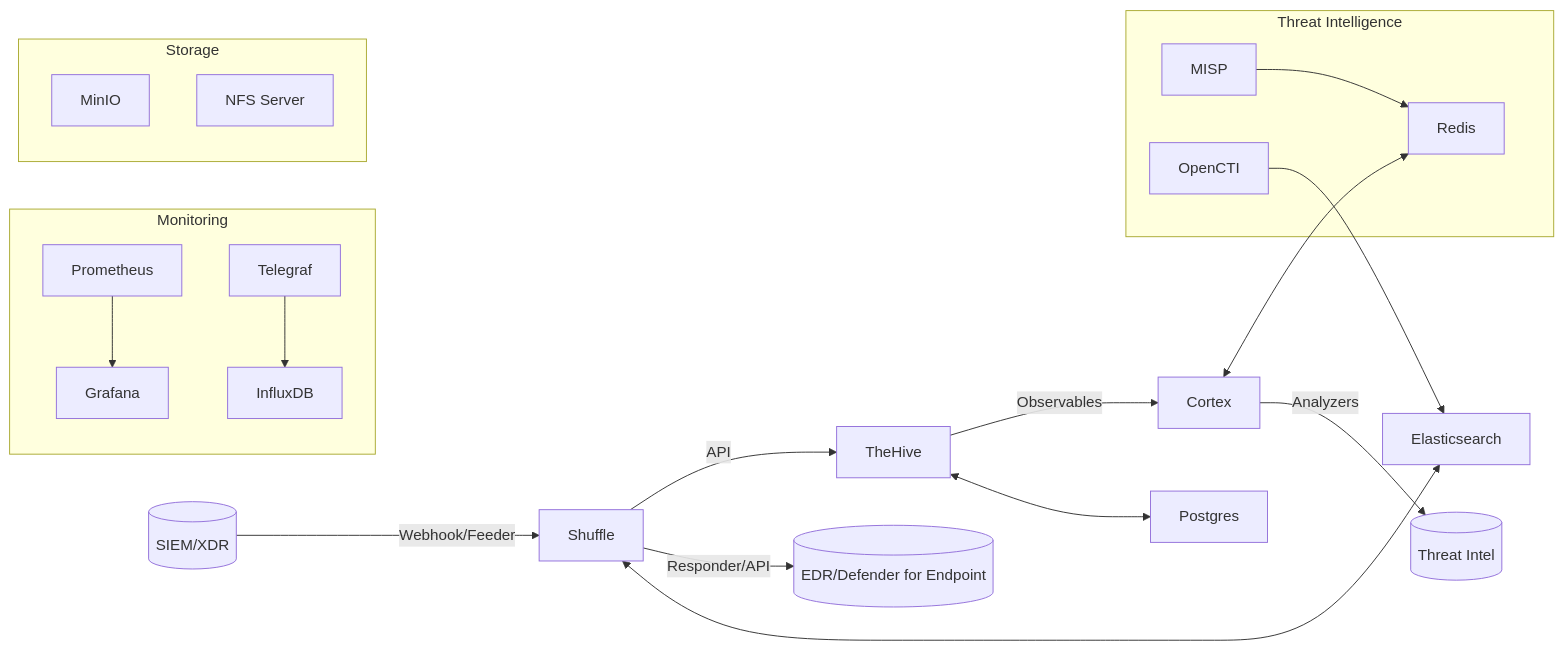
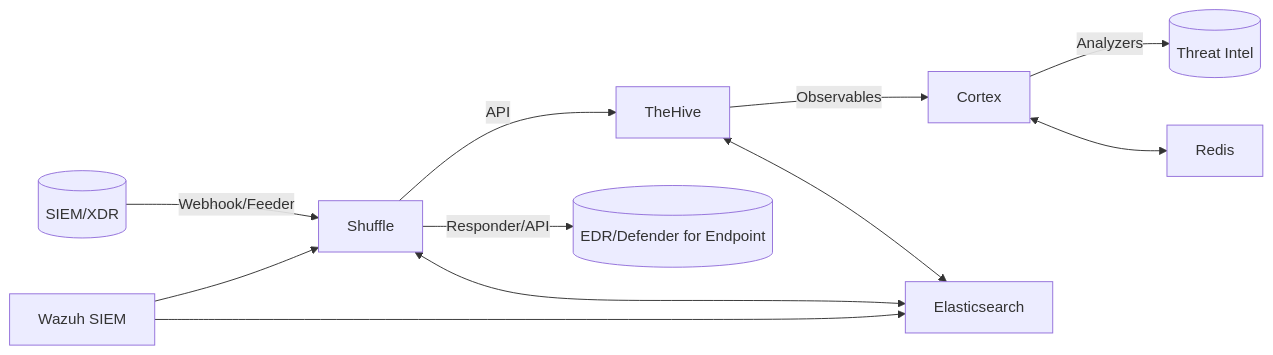
The diagram in README.md (alesanfe/soar-ransomware-lab), drawn with Mermaid before and after one commit. The commit also changed other lines of this file and 189 other files, not shown here.

````diff
--- a/README.md
+++ b/README.md
@@ -24,30 +24,13 @@
 ```mermaid
 flowchart LR
   SIEM[(SIEM/XDR)] -- Webhook/Feeder --> Shuffle
   Shuffle -- API --> TheHive
   TheHive -- Observables --> Cortex
   Cortex -- Analyzers --> TI[(Threat Intel)]
   Shuffle -- Responder/API --> EDR[(EDR/Defender for Endpoint)]
-  subgraph Monitoring
-    Prometheus[Prometheus]
-    Grafana[Grafana]
-    InfluxDB[InfluxDB]
-    Telegraf[Telegraf]
-  end
-  subgraph Threat Intelligence
-    MISP[MISP]
-    OpenCTI[OpenCTI]
-    Redis[Redis]
-  end
-  subgraph Storage
-    MinIO[MinIO]
-    NFS[NFS Server]
-  end
-  TheHive <--> Postgres
+  TheHive <--> Elasticsearch
   Cortex <--> Redis
   Shuffle <--> Elasticsearch
-  Prometheus --> Grafana
-  Telegraf --> InfluxDB
-  MISP --> Redis
-  OpenCTI --> Elasticsearch
+  Wazuh[Wazuh SIEM] --> Elasticsearch
+  Wazuh --> Shuffle
 ```
````
